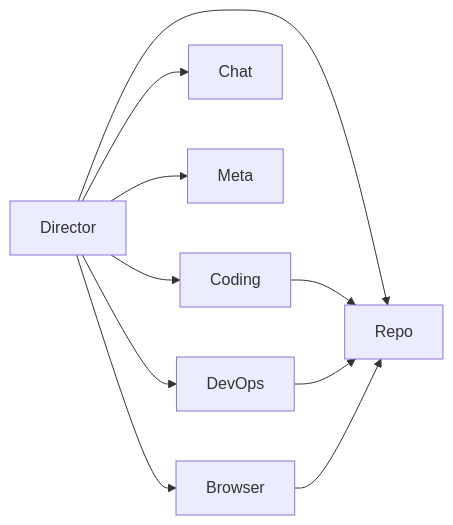
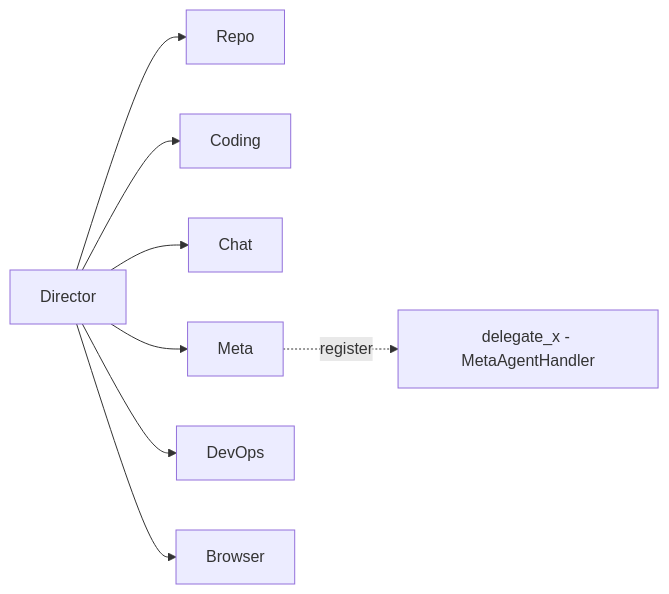
Before and after one commit to iohub/Yagent: the third of 10 diagrams in docs/ARCHITECTURE.md, drawn with Mermaid. The commit also changed other lines of this file, not shown here.

First line of the commit message:
docs(architecture): rewrite Chinese arch doc to match English v2.0.0

````diff
--- a/docs/ARCHITECTURE.md
+++ b/docs/ARCHITECTURE.md
@@ -455,12 +504,10 @@
 ```mermaid
 graph LR
     COND[Director] --> REPO[Repo]
     COND --> CODE[Coding]
     COND --> CHAT[Chat]
     COND --> META[Meta]
     COND --> DEVOPS[DevOps]
     COND --> BR[Browser]
-    CODE --> REPO
-    DEVOPS --> REPO
-    BR --> REPO
+    META -. register .-> CUSTOM[delegate_x - MetaAgentHandler]
 ```
````
